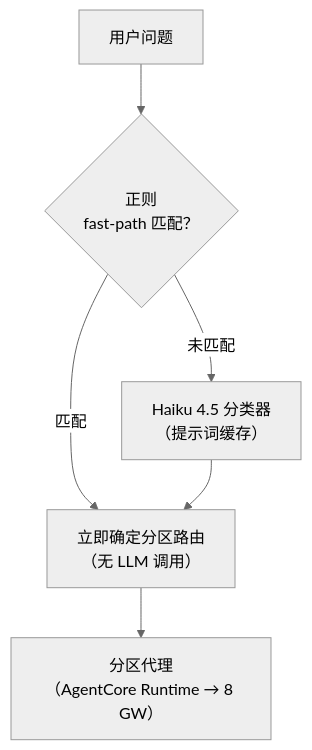
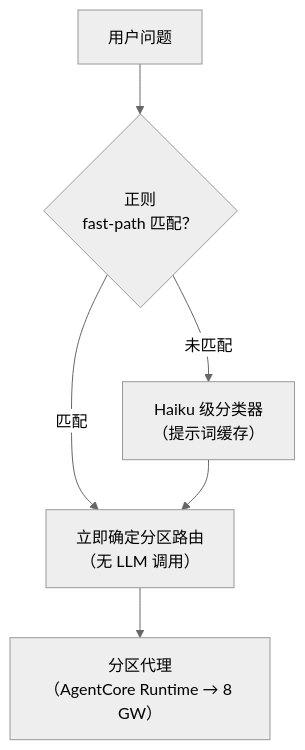
Before and after one commit to aws-samples/sample-awsops: the third of 4 diagrams in docs-site/i18n/zh/docusaurus-plugin-content-docs/current/faq/architecture.md, drawn with Mermaid (neutral theme). The commit also changed other lines of this file and 38 other files, not shown here.

````diff
--- a/docs-site/i18n/zh/docusaurus-plugin-content-docs/current/faq/architecture.md
+++ b/docs-site/i18n/zh/docusaurus-plugin-content-docs/current/faq/architecture.md
@@ -127,8 +127,8 @@
 ```mermaid
 flowchart TD
   Q["用户问题"] --> REGEX{"正则<br/>fast-path 匹配？"}
   REGEX -->|"匹配"| ROUTE["立即确定分区路由<br/>（无 LLM 调用）"]
-  REGEX -->|"未匹配"| HAIKU["Haiku 4.5 分类器<br/>（提示词缓存）"]
+  REGEX -->|"未匹配"| HAIKU["Haiku 级分类器<br/>（提示词缓存）"]
   HAIKU --> ROUTE
   ROUTE --> AGENT["分区代理<br/>（AgentCore Runtime → 8 GW）"]
 ```
````
